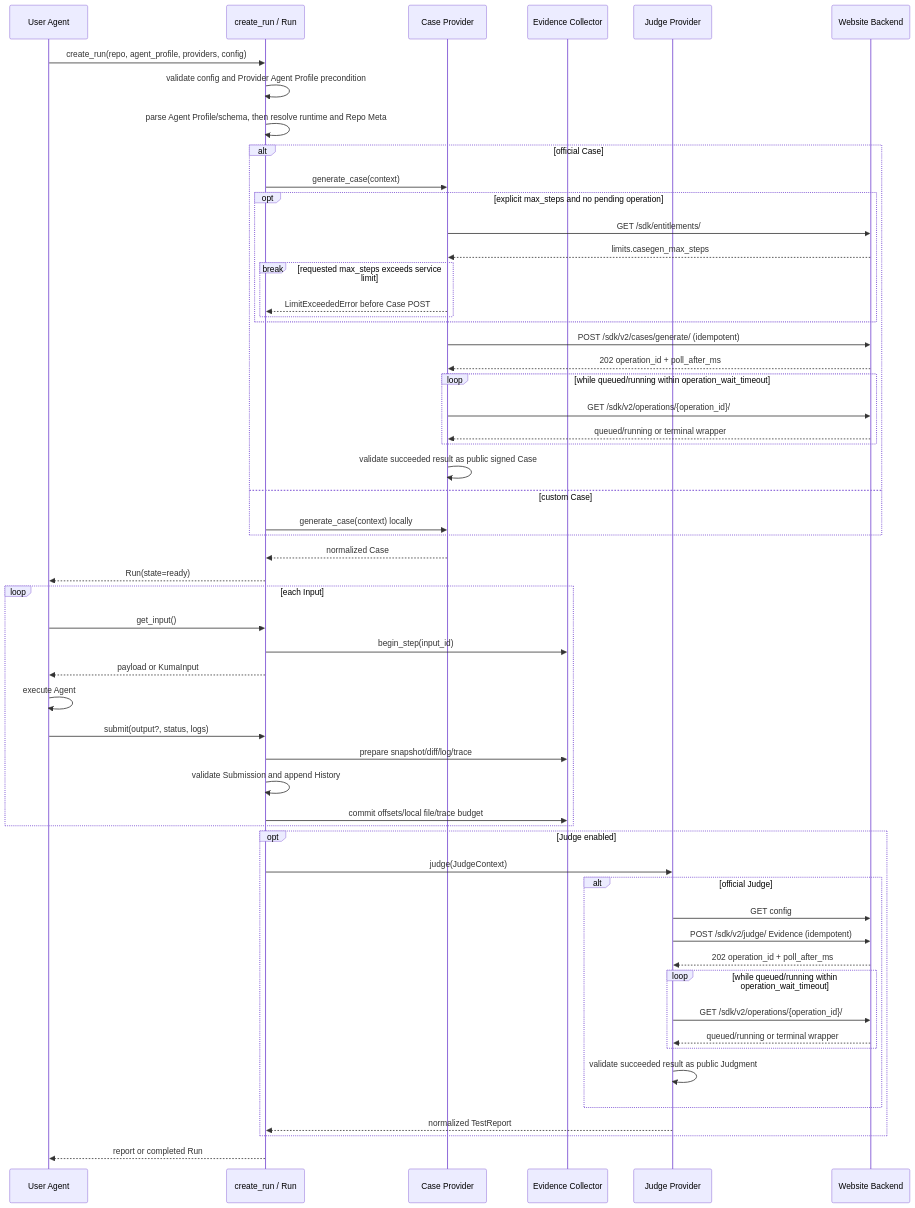
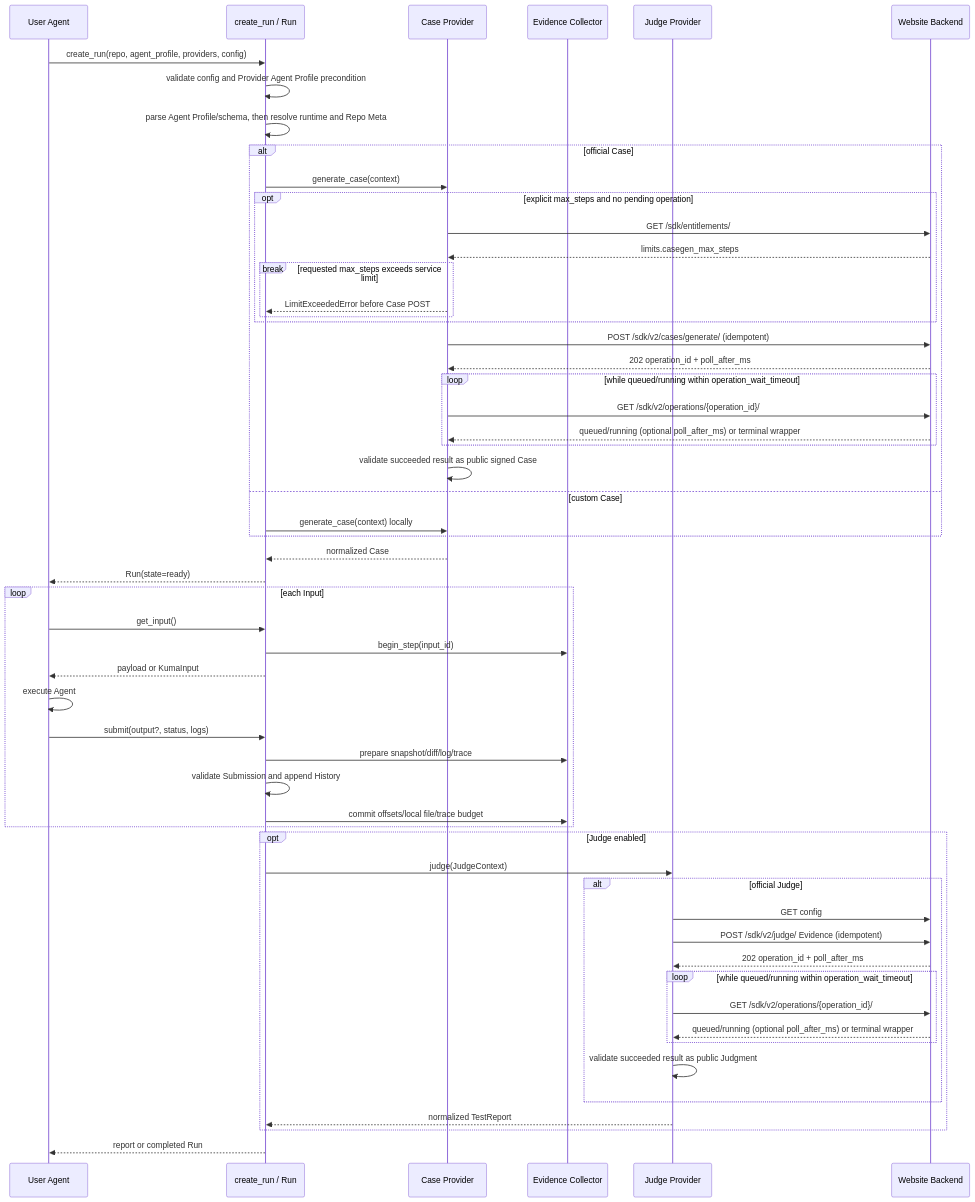
One commit to DefuzeX-AI/KUMA-DefuzeX changed the third of 5 diagrams in docs/architecture.md. Above: the diagram before and after it, drawn with Mermaid. The commit also changed other lines of this file and 9 other files, not shown here.

First line of the commit message:
fix(transport): back off operation polls and accept mid-flight poll_after_ms

````diff
--- a/docs/architecture.md
+++ b/docs/architecture.md
@@ -129,61 +129,61 @@
 ```mermaid
 sequenceDiagram
     participant U as User Agent
     participant S as create_run / Run
     participant C as Case Provider
     participant E as Evidence Collector
     participant J as Judge Provider
     participant B as Website Backend
 
     U->>S: create_run(repo, agent_profile, providers, config)
     S->>S: validate config and Provider Agent Profile precondition
     S->>S: parse Agent Profile/schema, then resolve runtime and Repo Meta
     alt official Case
         S->>C: generate_case(context)
         opt explicit max_steps and no pending operation
             C->>B: GET /sdk/entitlements/
             B-->>C: limits.casegen_max_steps
             break requested max_steps exceeds service limit
                 C-->>S: LimitExceededError before Case POST
             end
         end
         C->>B: POST /sdk/v2/cases/generate/ (idempotent)
         B-->>C: 202 operation_id + poll_after_ms
         loop while queued/running within operation_wait_timeout
             C->>B: GET /sdk/v2/operations/{operation_id}/
-            B-->>C: queued/running or terminal wrapper
+            B-->>C: queued/running (optional poll_after_ms) or terminal wrapper
         end
         C->>C: validate succeeded result as public signed Case
     else custom Case
         S->>C: generate_case(context) locally
     end
     C-->>S: normalized Case
     S-->>U: Run(state=ready)
 
     loop each Input
         U->>S: get_input()
         S->>E: begin_step(input_id)
         S-->>U: payload or KumaInput
         U->>U: execute Agent
         U->>S: submit(output?, status, logs)
         S->>E: prepare snapshot/diff/log/trace
         S->>S: validate Submission and append History
         S->>E: commit offsets/local file/trace budget
     end
 
     opt Judge enabled
         S->>J: judge(JudgeContext)
         alt official Judge
             J->>B: GET config
             J->>B: POST /sdk/v2/judge/ Evidence (idempotent)
             B-->>J: 202 operation_id + poll_after_ms
             loop while queued/running within operation_wait_timeout
                 J->>B: GET /sdk/v2/operations/{operation_id}/
-                B-->>J: queued/running or terminal wrapper
+                B-->>J: queued/running (optional poll_after_ms) or terminal wrapper
             end
             J->>J: validate succeeded result as public Judgment
         end
         J-->>S: normalized TestReport
     end
     S-->>U: report or completed Run
 ```
````
